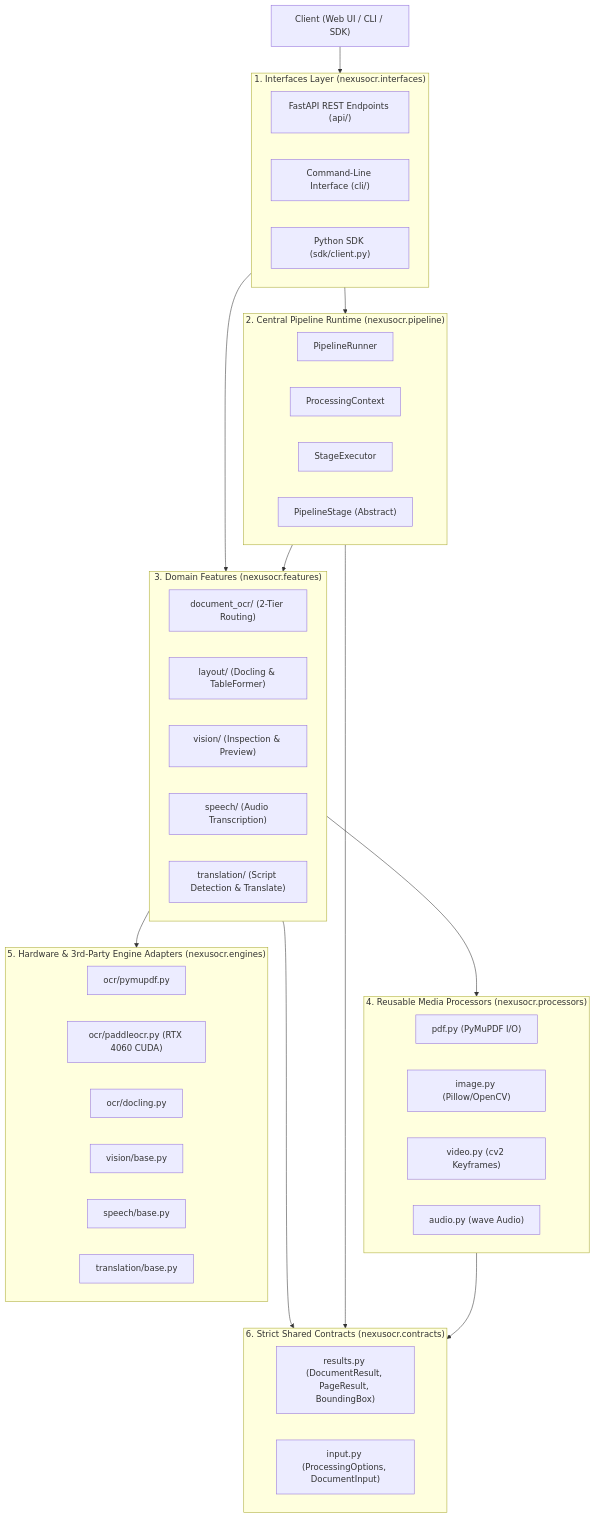
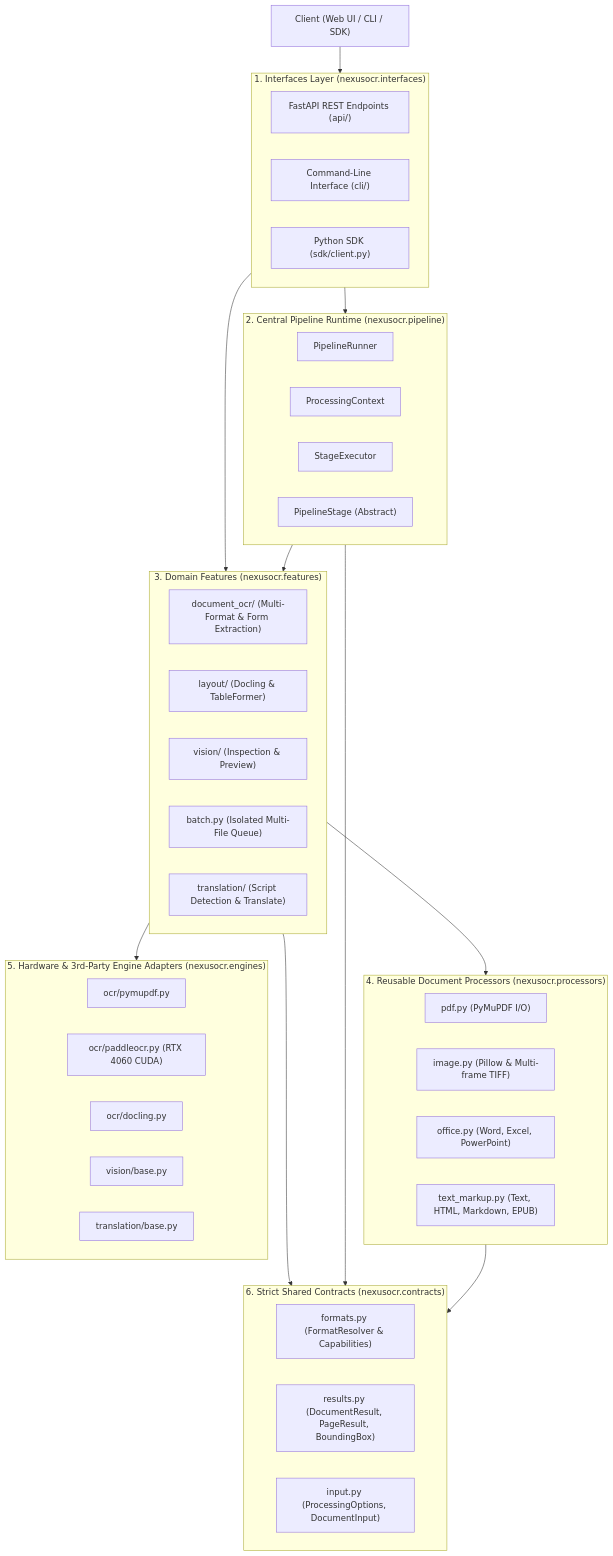
One commit to jayraj2827/nexus-multilingual-ocr-2026 changed the diagram in report/README.md. Above: the diagram before and after it, drawn with Mermaid. The commit also changed 35 other files, not shown here.

Commit message:
Image feature fixed, extracts content from image and images embedded in pdfs now

````diff
--- a/report/README.md
+++ b/report/README.md
@@ -34,56 +34,56 @@
 ```mermaid
 graph TD
     Client["Client (Web UI / CLI / SDK)"]
     
     subgraph Interfaces ["1. Interfaces Layer (nexusocr.interfaces)"]
         API["FastAPI REST Endpoints (api/)"]
         CLI["Command-Line Interface (cli/)"]
         SDK["Python SDK (sdk/client.py)"]
     end
 
     subgraph PipelineRuntime ["2. Central Pipeline Runtime (nexusocr.pipeline)"]
         Runner["PipelineRunner"]
         Context["ProcessingContext"]
         StageExec["StageExecutor"]
         BaseStage["PipelineStage (Abstract)"]
     end
 
     subgraph Features ["3. Domain Features (nexusocr.features)"]
-        OCRFeature["document_ocr/ (2-Tier Routing)"]
+        OCRFeature["document_ocr/ (Multi-Format & Form Extraction)"]
         LayoutFeature["layout/ (Docling & TableFormer)"]
         VisionFeature["vision/ (Inspection & Preview)"]
-        SpeechFeature["speech/ (Audio Transcription)"]
+        BatchFeature["batch.py (Isolated Multi-File Queue)"]
         TransFeature["translation/ (Script Detection & Translate)"]
     end
 
-    subgraph Processors ["4. Reusable Media Processors (nexusocr.processors)"]
+    subgraph Processors ["4. Reusable Document Processors (nexusocr.processors)"]
         ProcPDF["pdf.py (PyMuPDF I/O)"]
-        ProcImg["image.py (Pillow/OpenCV)"]
-        ProcVid["video.py (cv2 Keyframes)"]
-        ProcAud["audio.py (wave Audio)"]
+        ProcImg["image.py (Pillow & Multi-frame TIFF)"]
+        ProcOffice["office.py (Word, Excel, PowerPoint)"]
+        ProcText["text_markup.py (Text, HTML, Markdown, EPUB)"]
     end
 
     subgraph Engines ["5. Hardware & 3rd-Party Engine Adapters (nexusocr.engines)"]
         EngPyMu["ocr/pymupdf.py"]
         EngPaddle["ocr/paddleocr.py (RTX 4060 CUDA)"]
         EngDocling["ocr/docling.py"]
         EngVision["vision/base.py"]
-        EngSpeech["speech/base.py"]
         EngTrans["translation/base.py"]
     end
 
     subgraph Contracts ["6. Strict Shared Contracts (nexusocr.contracts)"]
+        FormatContract["formats.py (FormatResolver & Capabilities)"]
         ResultsContract["results.py (DocumentResult, PageResult, BoundingBox)"]
         InputContract["input.py (ProcessingOptions, DocumentInput)"]
     end
 
     Client --> Interfaces
     Interfaces --> PipelineRuntime
     Interfaces --> Features
     PipelineRuntime --> Features
     Features --> Processors
     Features --> Engines
     Features --> Contracts
     PipelineRuntime --> Contracts
     Processors --> Contracts
 ```
````
